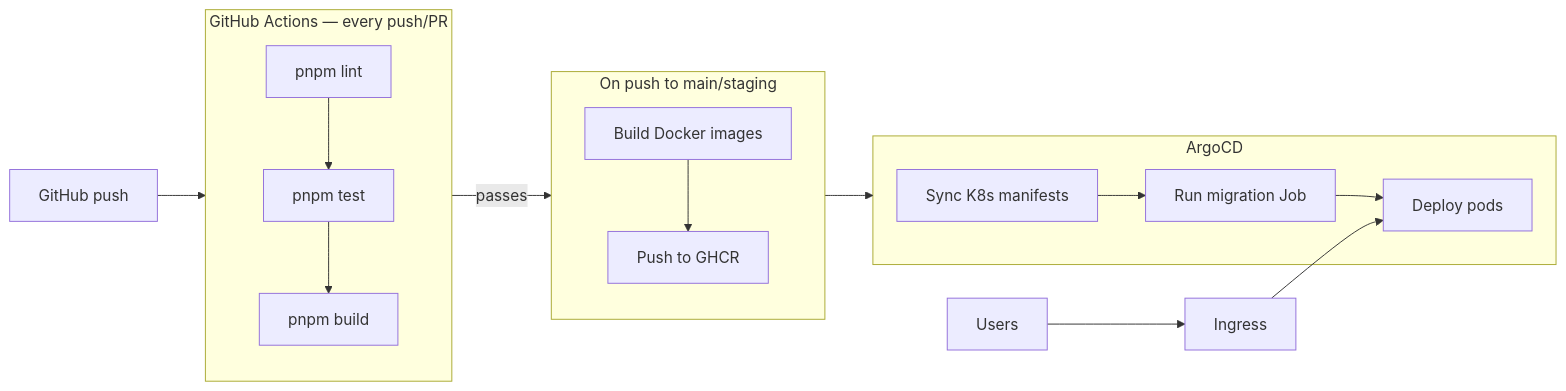
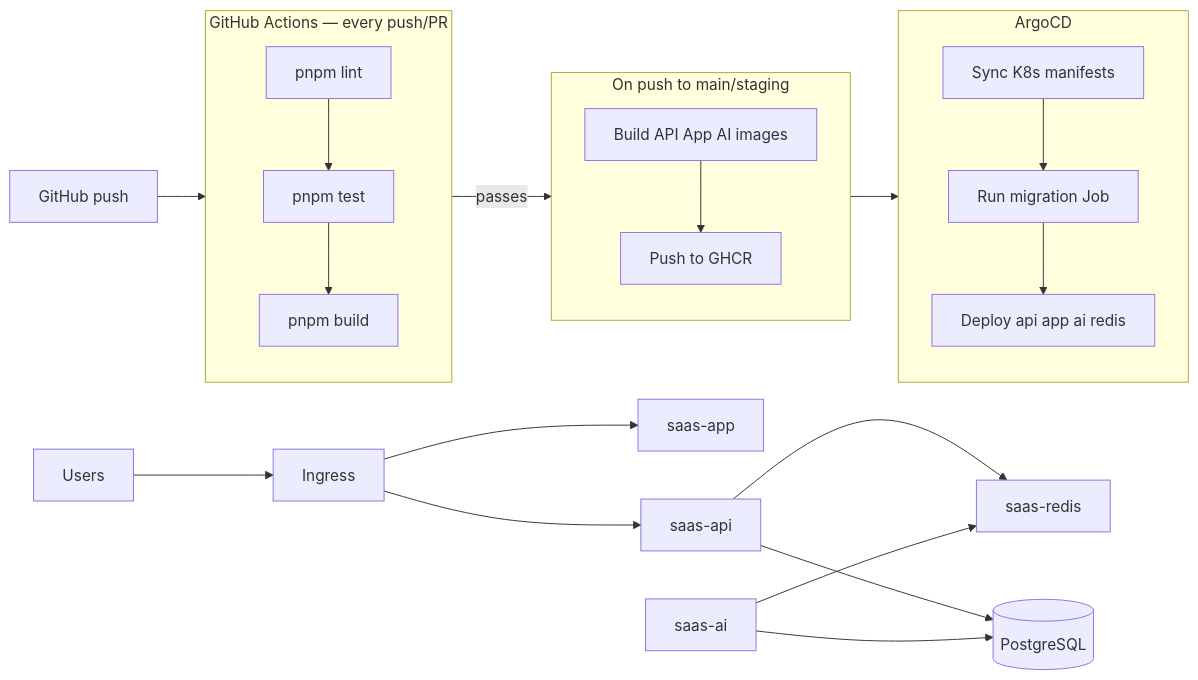
One commit to Khalil-Bchir/full-stack-saas-boilerplate changed the diagram in doc/setup/deployment.md. Above: the diagram before and after it, drawn with Mermaid. The commit also changed other lines of this file and 91 other files, not shown here.

````diff
--- a/doc/setup/deployment.md
+++ b/doc/setup/deployment.md
@@ -11,27 +11,33 @@
 ```mermaid
 flowchart LR
     subgraph CI["GitHub Actions — every push/PR"]
         Lint[pnpm lint]
         Test[pnpm test]
         Build[pnpm build]
         Lint --> Test --> Build
     end
 
     subgraph CD["On push to main/staging"]
-        Docker[Build Docker images]
+        Docker[Build API App AI images]
         Push[Push to GHCR]
         Docker --> Push
     end
 
     subgraph GitOps["ArgoCD"]
         Sync[Sync K8s manifests]
-        Rollout[Deploy pods]
         Migrate[Run migration Job]
+        Rollout[Deploy api app ai redis]
         Sync --> Migrate --> Rollout
     end
 
     Git[GitHub push] --> CI
     CI -->|passes| CD
     CD --> GitOps
-    Users[Users] --> Ingress[Ingress] --> Rollout
+    Users[Users] --> Ingress[Ingress]
+    Ingress --> AppPod[saas-app]
+    Ingress --> ApiPod[saas-api]
+    ApiPod --> RedisPod[saas-redis]
+    AiPod[saas-ai] --> RedisPod
+    ApiPod --> PG[(PostgreSQL)]
+    AiPod --> PG
 ```
````
